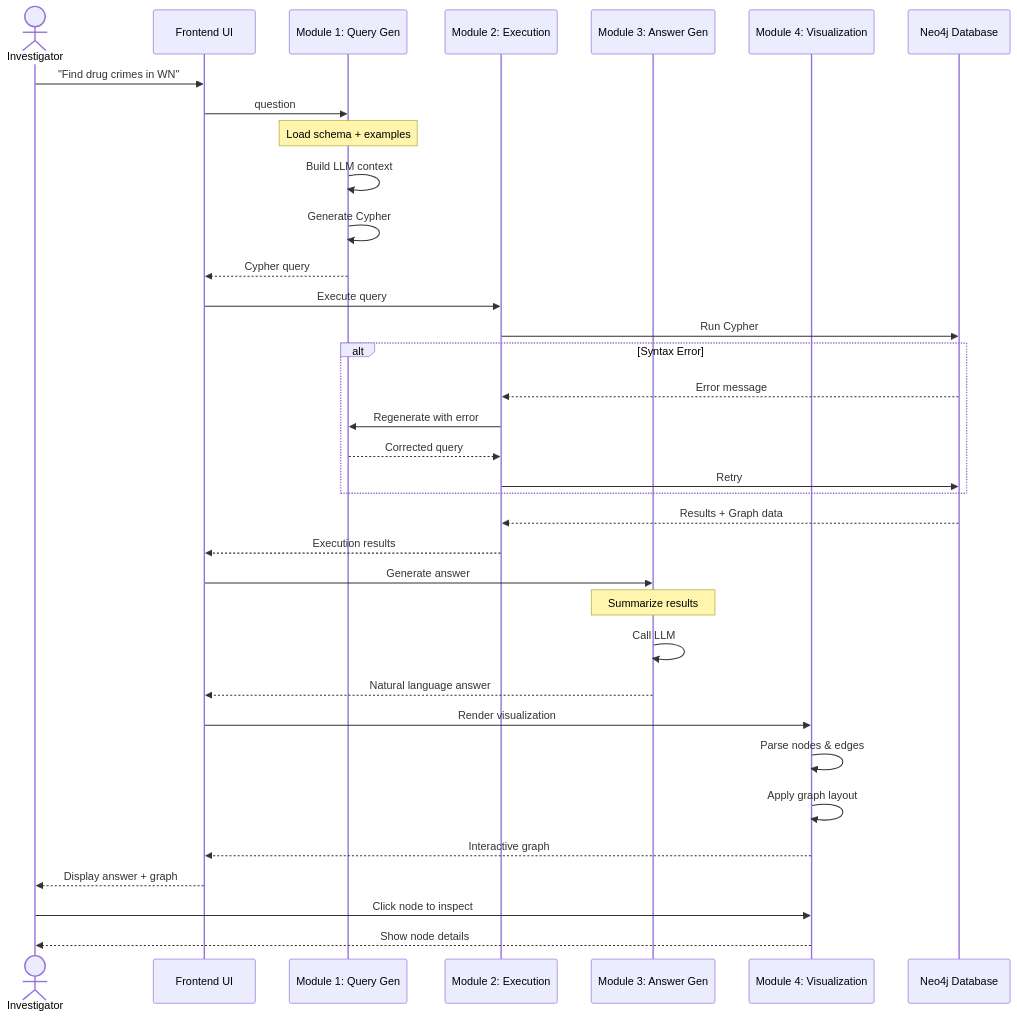
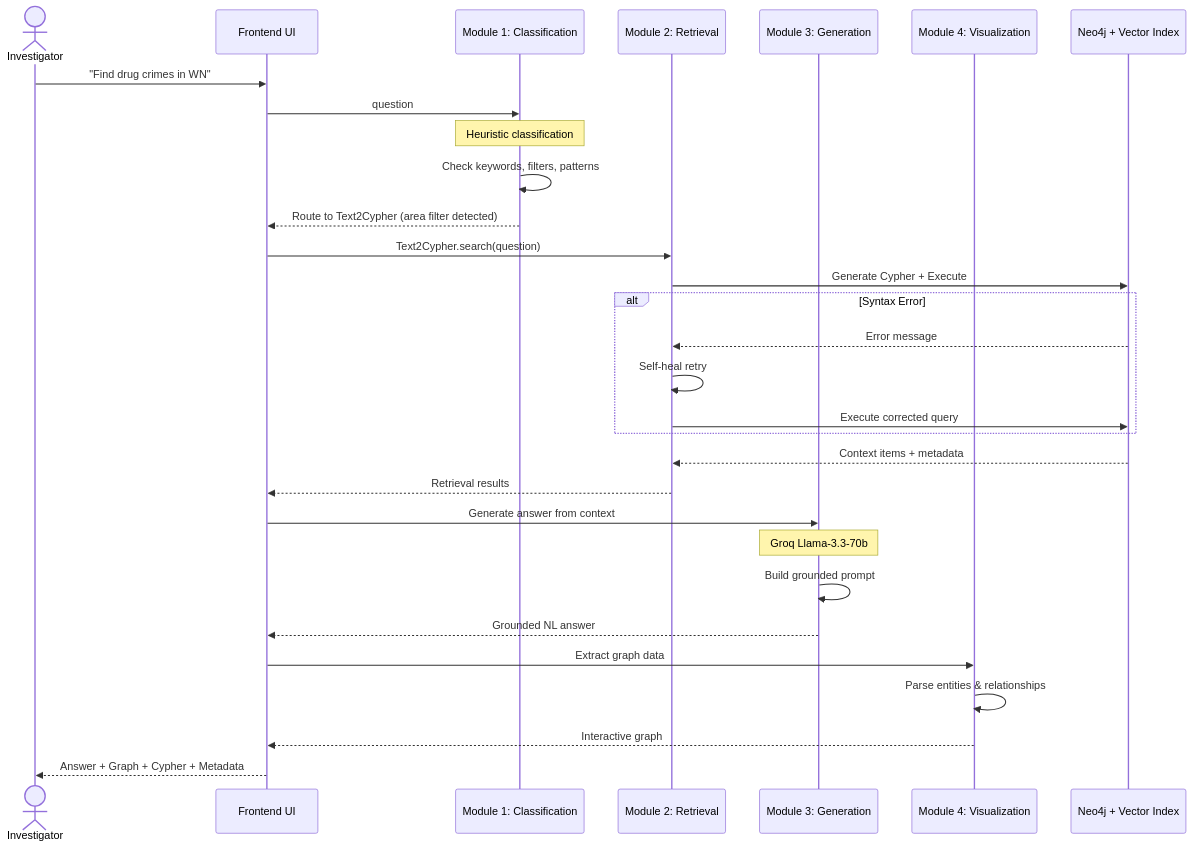
Before and after one commit to sairamreddy77/Investigraph: diagram 13 of 14 in docs/MERMAID_DIAGRAMS.md, drawn with Mermaid. The commit also changed other lines of this file and 6 other files, not shown here.

````diff
--- a/docs/MERMAID_DIAGRAMS.md
+++ b/docs/MERMAID_DIAGRAMS.md
@@ -575,46 +586,40 @@
 ```mermaid
 sequenceDiagram
     actor Investigator
     participant UI as Frontend UI
-    participant M1 as Module 1: Query Gen
-    participant M2 as Module 2: Execution
-    participant M3 as Module 3: Answer Gen
+    participant M1 as Module 1: Classification
+    participant M2 as Module 2: Retrieval
+    participant M3 as Module 3: Generation
     participant M4 as Module 4: Visualization
-    participant DB as Neo4j Database
+    participant DB as Neo4j + Vector Index
 
     Investigator->>UI: "Find drug crimes in WN"
 
     UI->>M1: question
-    Note over M1: Load schema + examples
-    M1->>M1: Build LLM context
-    M1->>M1: Generate Cypher
-    M1-->>UI: Cypher query
+    Note over M1: Heuristic classification
+    M1->>M1: Check keywords, filters, patterns
+    M1-->>UI: Route to Text2Cypher (area filter detected)
 
-    UI->>M2: Execute query
-    M2->>DB: Run Cypher
-
+    UI->>M2: Text2Cypher.search(question)
+    M2->>DB: Generate Cypher + Execute
+    
     alt Syntax Error
         DB-->>M2: Error message
-        M2->>M1: Regenerate with error
-        M1-->>M2: Corrected query
-        M2->>DB: Retry
+        M2->>M2: Self-heal retry
+        M2->>DB: Execute corrected query
     end
 
-    DB-->>M2: Results + Graph data
-    M2-->>UI: Execution results
+    DB-->>M2: Context items + metadata
+    M2-->>UI: Retrieval results
 
-    UI->>M3: Generate answer
-    Note over M3: Summarize results
-    M3->>M3: Call LLM
-    M3-->>UI: Natural language answer
+    UI->>M3: Generate answer from context
+    Note over M3: Groq Llama-3.3-70b
+    M3->>M3: Build grounded prompt
+    M3-->>UI: Grounded NL answer
 
-    UI->>M4: Render visualization
-    M4->>M4: Parse nodes & edges
-    M4->>M4: Apply graph layout
+    UI->>M4: Extract graph data
+    M4->>M4: Parse entities & relationships
     M4-->>UI: Interactive graph
 
-    UI-->>Investigator: Display answer + graph
-
-    Investigator->>M4: Click node to inspect
-    M4-->>Investigator: Show node details
+    UI-->>Investigator: Answer + Graph + Cypher + Metadata
 ```
````
